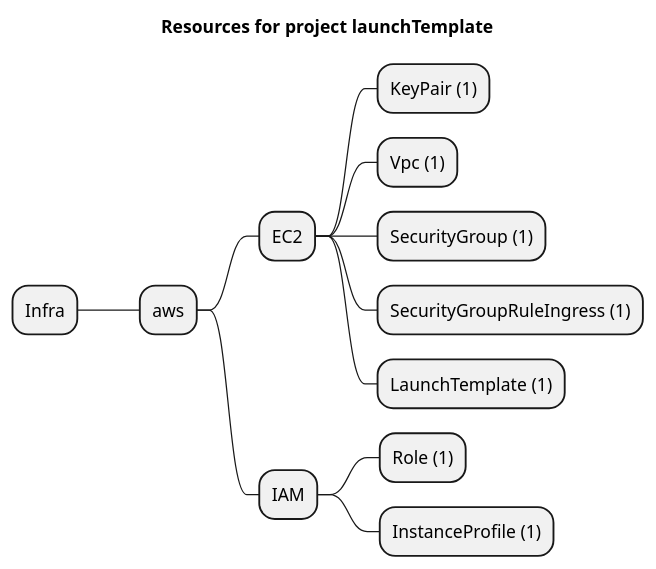
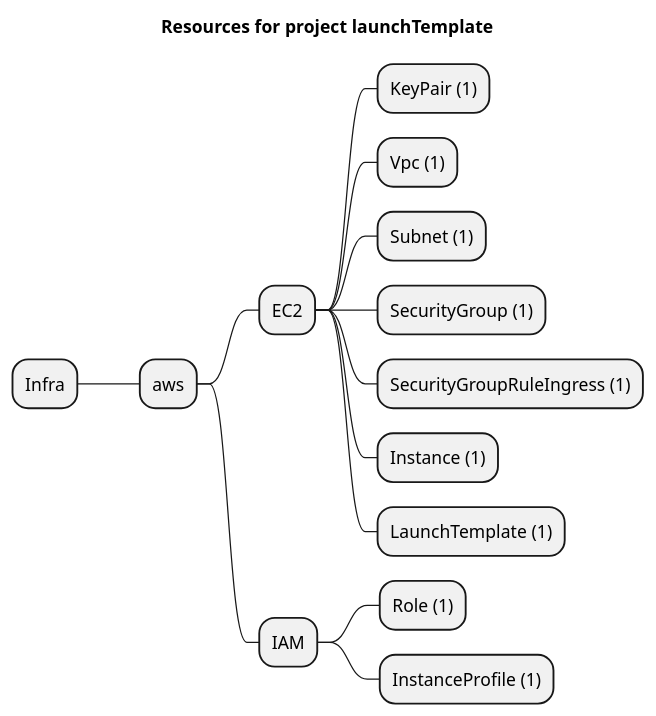
One commit to grucloud/grucloud changed the diagram in examples/aws/EC2/launchTemplate/artifacts/resources-mindmap.puml. Above: the diagram before and after it, drawn with PlantUML. The commit also changed 39 other files, not shown here.

```diff
--- a/examples/aws/EC2/launchTemplate/artifacts/resources-mindmap.puml
+++ b/examples/aws/EC2/launchTemplate/artifacts/resources-mindmap.puml
@@ -1,15 +1,17 @@
 @startmindmap
 title Resources for project launchTemplate
 skinparam monochrome true
 + Infra
 ++ aws
 +++ EC2
 ++++ KeyPair (1)
 ++++ Vpc (1)
+++++ Subnet (1)
 ++++ SecurityGroup (1)
 ++++ SecurityGroupRuleIngress (1)
+++++ Instance (1)
 ++++ LaunchTemplate (1)
 +++ IAM
 ++++ Role (1)
 ++++ InstanceProfile (1)
 @endmindmap
```
